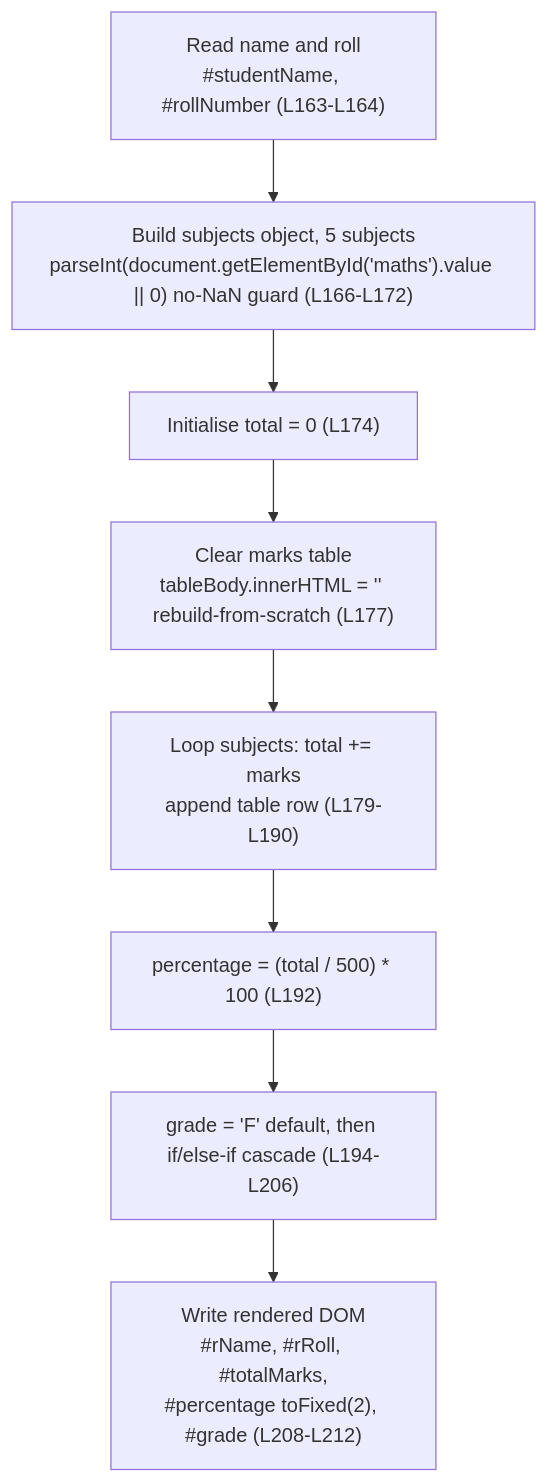
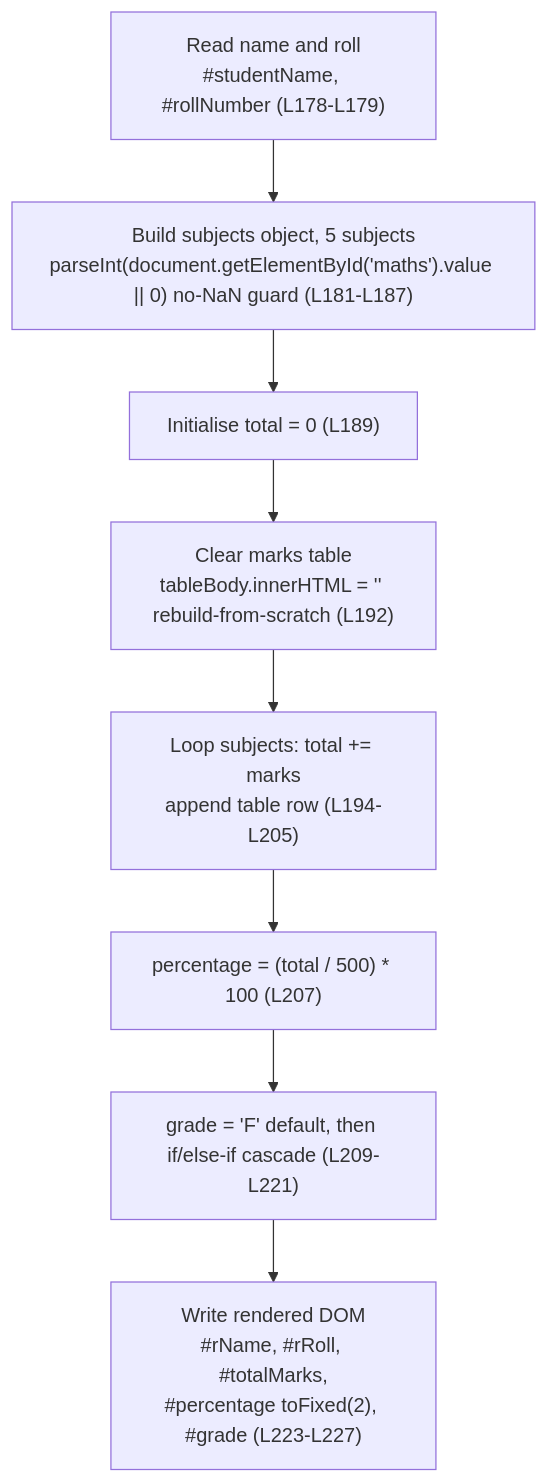
Before and after one commit to ajitblitzy/Student_Mngt_09-Jun-2026: the second of 3 diagrams in docs/architecture/data-flow.md, drawn with Mermaid. The commit also changed other lines of this file and 17 other files, not shown here.

````diff
--- a/docs/architecture/data-flow.md
+++ b/docs/architecture/data-flow.md
@@ -58,12 +58,12 @@
 ```mermaid
 flowchart TD
-    A["Read name and roll<br/>#studentName, #rollNumber (L163-L164)"]
-    B["Build subjects object, 5 subjects<br/>parseInt(document.getElementById('maths').value || 0) no-NaN guard (L166-L172)"]
-    C["Initialise total = 0 (L174)"]
-    D["Clear marks table<br/>tableBody.innerHTML = '' rebuild-from-scratch (L177)"]
-    E["Loop subjects: total += marks<br/>append table row (L179-L190)"]
-    F["percentage = (total / 500) * 100 (L192)"]
-    G["grade = 'F' default, then if/else-if cascade (L194-L206)"]
-    H["Write rendered DOM<br/>#rName, #rRoll, #totalMarks,<br/>#percentage toFixed(2), #grade (L208-L212)"]
+    A["Read name and roll<br/>#studentName, #rollNumber (L178-L179)"]
+    B["Build subjects object, 5 subjects<br/>parseInt(document.getElementById('maths').value || 0) no-NaN guard (L181-L187)"]
+    C["Initialise total = 0 (L189)"]
+    D["Clear marks table<br/>tableBody.innerHTML = '' rebuild-from-scratch (L192)"]
+    E["Loop subjects: total += marks<br/>append table row (L194-L205)"]
+    F["percentage = (total / 500) * 100 (L207)"]
+    G["grade = 'F' default, then if/else-if cascade (L209-L221)"]
+    H["Write rendered DOM<br/>#rName, #rRoll, #totalMarks,<br/>#percentage toFixed(2), #grade (L223-L227)"]
     A --> B --> C --> D --> E --> F --> G --> H
 ```
````
